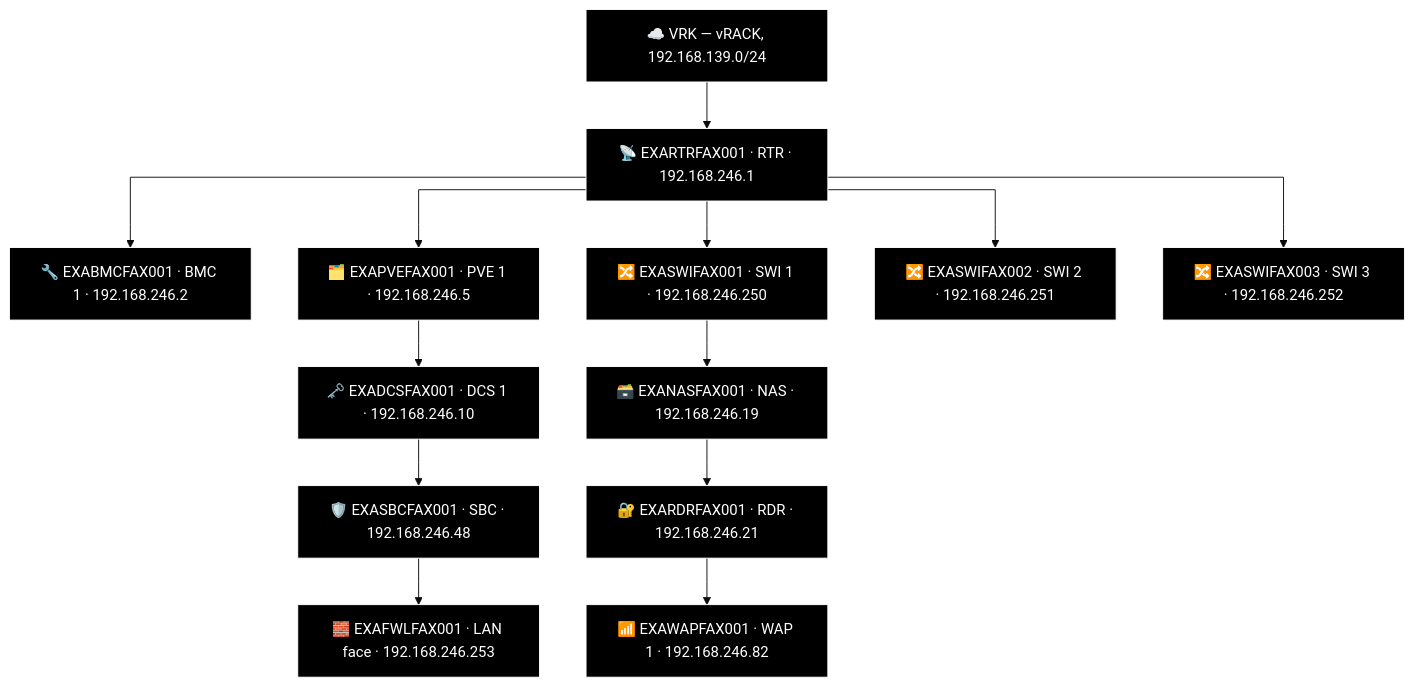
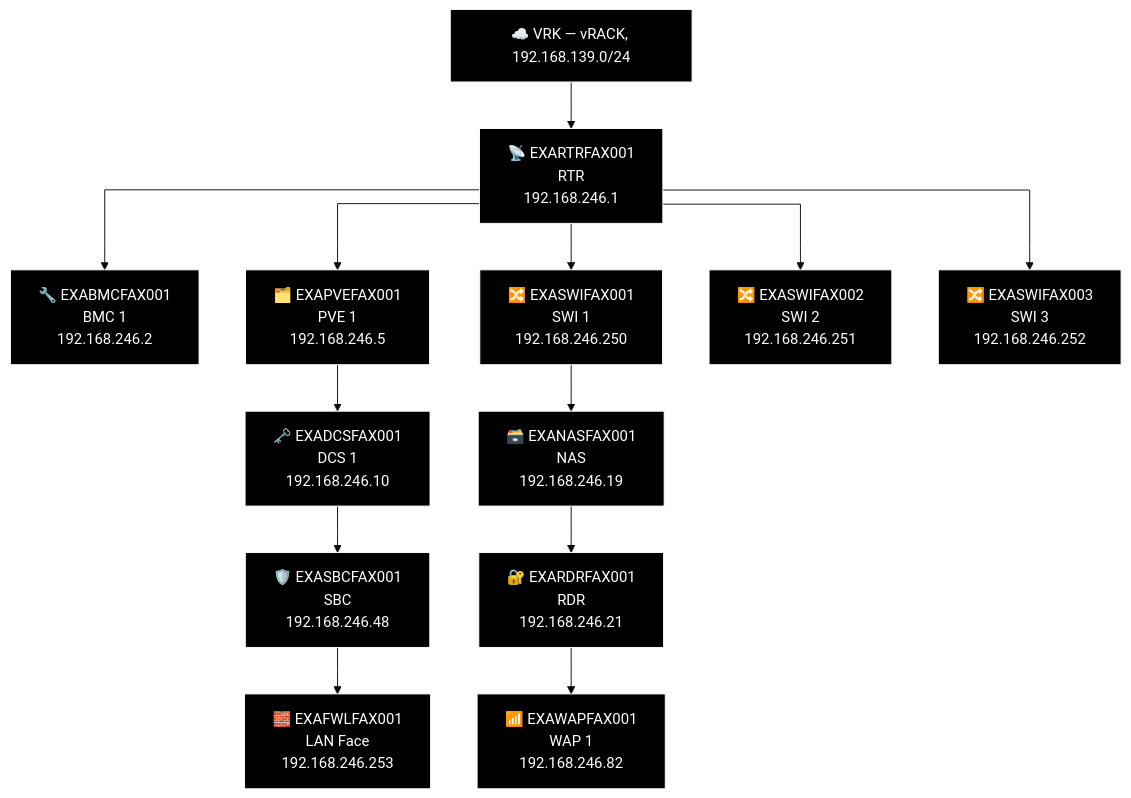
Before and after one commit to knightmare2600/example_music_infra: the eighth of 18 diagrams in docs/network-diagram/danmark.md, drawn with Mermaid (base theme). The commit also changed other lines of this file and 18 other files, not shown here.

````diff
--- a/docs/network-diagram/danmark.md
+++ b/docs/network-diagram/danmark.md
@@ -312,40 +312,40 @@
 ```mermaid
 %% GENERATED:TOPOLOGY:FAX:START
 %%{init: {'flowchart': {'curve': 'stepAfter'}}}%%
 graph TD
     T_VRK["☁️ VRK — vRACK, 192.168.139.0/24"]
-    T_RTR["📡 EXARTRFAX001 · RTR · 192.168.246.1"]
+    T_RTR["📡 EXARTRFAX001<br/>RTR<br/>192.168.246.1"]
     T_VRK --> T_RTR
-    T_BMC["🔧 EXABMCFAX001 · BMC 1 · 192.168.246.2"]
+    T_BMC["🔧 EXABMCFAX001<br/>BMC 1<br/>192.168.246.2"]
     T_RTR --> T_BMC
-    T_PVE["🗂️ EXAPVEFAX001 · PVE 1 · 192.168.246.5"]
+    T_PVE["🗂️ EXAPVEFAX001<br/>PVE 1<br/>192.168.246.5"]
     T_RTR --> T_PVE
-    T_SWI["🔀 EXASWIFAX001 · SWI 1 · 192.168.246.250"]
+    T_SWI["🔀 EXASWIFAX001<br/>SWI 1<br/>192.168.246.250"]
     T_RTR --> T_SWI
-    T_SWI2["🔀 EXASWIFAX002 · SWI 2 · 192.168.246.251"]
+    T_SWI2["🔀 EXASWIFAX002<br/>SWI 2<br/>192.168.246.251"]
     T_RTR --> T_SWI2
-    T_SWI3["🔀 EXASWIFAX003 · SWI 3 · 192.168.246.252"]
+    T_SWI3["🔀 EXASWIFAX003<br/>SWI 3<br/>192.168.246.252"]
     T_RTR --> T_SWI3
-    T_NAS["🗃️ EXANASFAX001 · NAS · 192.168.246.19"]
-    T_RDR["🔐 EXARDRFAX001 · RDR · 192.168.246.21"]
-    T_WAP["📶 EXAWAPFAX001 · WAP 1 · 192.168.246.82"]
+    T_NAS["🗃️ EXANASFAX001<br/>NAS<br/>192.168.246.19"]
+    T_RDR["🔐 EXARDRFAX001<br/>RDR<br/>192.168.246.21"]
+    T_WAP["📶 EXAWAPFAX001<br/>WAP 1<br/>192.168.246.82"]
     T_SWI --> T_NAS --> T_RDR --> T_WAP
-    T_DCS["🗝️ EXADCSFAX001 · DCS 1 · 192.168.246.10"]
-    T_SBC["🛡️ EXASBCFAX001 · SBC · 192.168.246.48"]
-    T_FWL["🧱 EXAFWLFAX001 · LAN face · 192.168.246.253"]
+    T_DCS["🗝️ EXADCSFAX001<br/>DCS 1<br/>192.168.246.10"]
+    T_SBC["🛡️ EXASBCFAX001<br/>SBC<br/>192.168.246.48"]
+    T_FWL["🧱 EXAFWLFAX001<br/>LAN Face<br/>192.168.246.253"]
     T_PVE --> T_DCS --> T_SBC --> T_FWL
     style T_VRK fill:#000000,stroke:#FFFFFF,color:#FFFFFF
     style T_RTR fill:#000000,stroke:#FFFFFF,color:#FFFFFF
     style T_BMC fill:#000000,stroke:#FFFFFF,color:#FFFFFF
     style T_PVE fill:#000000,stroke:#FFFFFF,color:#FFFFFF
     style T_SWI fill:#000000,stroke:#FFFFFF,color:#FFFFFF
     style T_SWI2 fill:#000000,stroke:#FFFFFF,color:#FFFFFF
     style T_SWI3 fill:#000000,stroke:#FFFFFF,color:#FFFFFF
     style T_NAS fill:#000000,stroke:#FFFFFF,color:#FFFFFF
     style T_RDR fill:#000000,stroke:#FFFFFF,color:#FFFFFF
     style T_WAP fill:#000000,stroke:#FFFFFF,color:#FFFFFF
     style T_DCS fill:#000000,stroke:#FFFFFF,color:#FFFFFF
     style T_SBC fill:#000000,stroke:#FFFFFF,color:#FFFFFF
     style T_FWL fill:#000000,stroke:#FFFFFF,color:#FFFFFF
 %% GENERATED:TOPOLOGY:FAX:END
 ```
````
